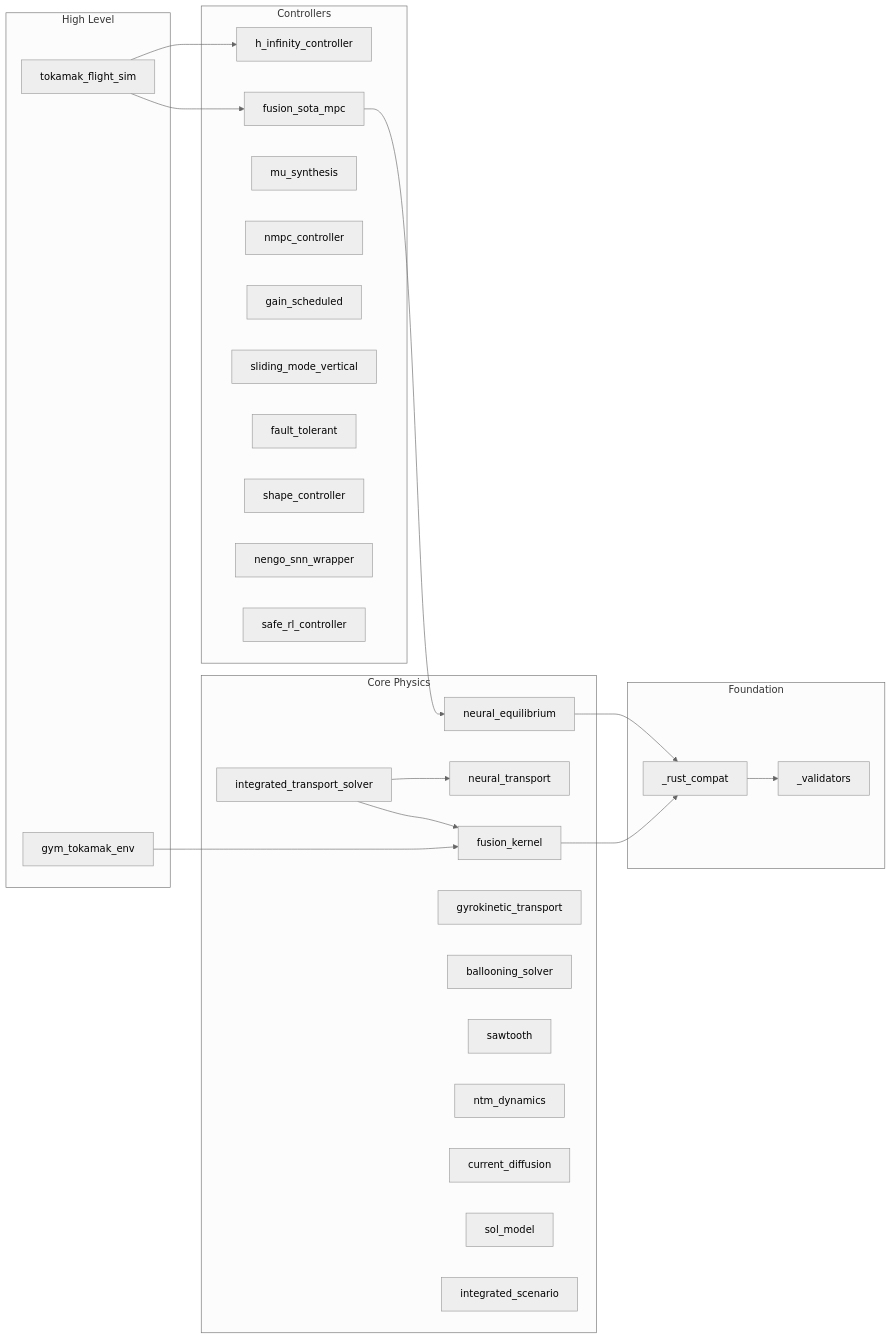
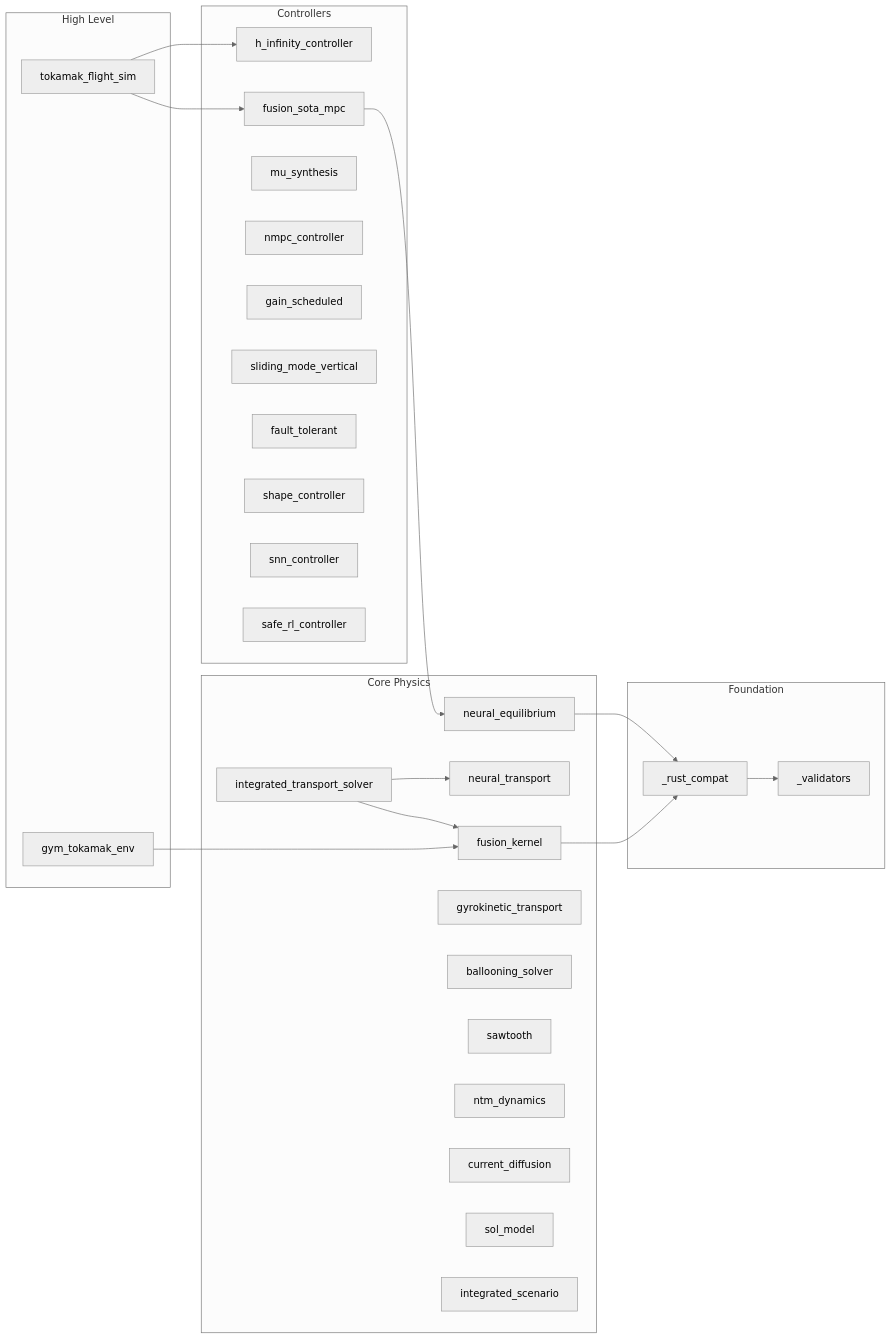
Before and after one commit to anulum/scpn-control: the second of 4 diagrams in docs/architecture.md, drawn with Mermaid (neutral theme). The commit also changed other lines of this file and 23 other files, not shown here.

````diff
--- a/docs/architecture.md
+++ b/docs/architecture.md
@@ -92,49 +92,49 @@
 ```mermaid
 graph LR
     subgraph "High Level"
         FS[tokamak_flight_sim]
         GYM[gym_tokamak_env]
     end
 
     subgraph "Controllers"
         MPC[fusion_sota_mpc]
         HINF[h_infinity_controller]
         MU[mu_synthesis]
         NMPC[nmpc_controller]
         GS_CTRL[gain_scheduled]
         SM[sliding_mode_vertical]
         FT[fault_tolerant]
         SC[shape_controller]
-        SNN[nengo_snn_wrapper]
+        SNN[snn_controller]
         SRL[safe_rl_controller]
     end
 
     subgraph "Core Physics"
         ITS[integrated_transport_solver]
         FK[fusion_kernel]
         NEQ[neural_equilibrium]
         NT[neural_transport]
         GT[gyrokinetic_transport]
         BS[ballooning_solver]
         ST[sawtooth]
         NTM[ntm_dynamics]
         CD[current_diffusion]
         SOL[sol_model]
         ISS[integrated_scenario]
     end
 
     subgraph "Foundation"
         RC[_rust_compat]
         VAL[_validators]
     end
 
     FS --> MPC
     FS --> HINF
     GYM --> FK
     MPC --> NEQ
     ITS --> FK
     ITS --> NT
     FK --> RC
     NEQ --> RC
     RC --> VAL
 ```
````
